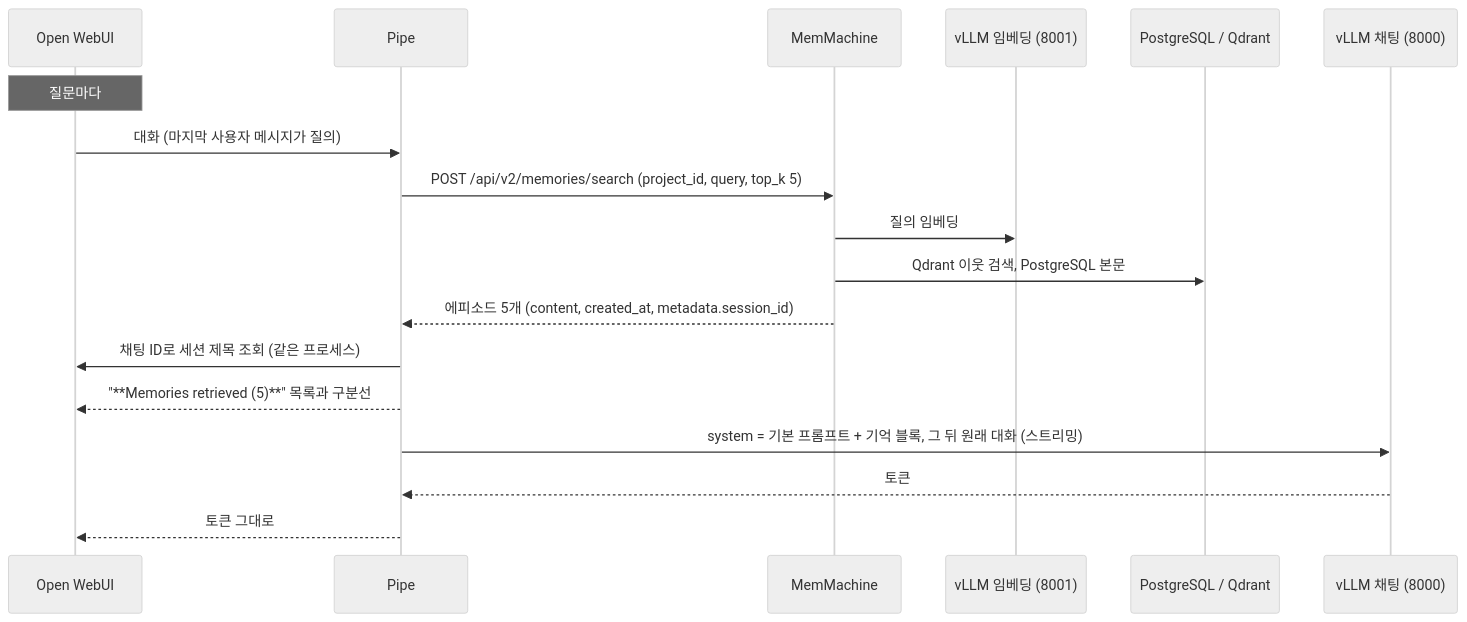
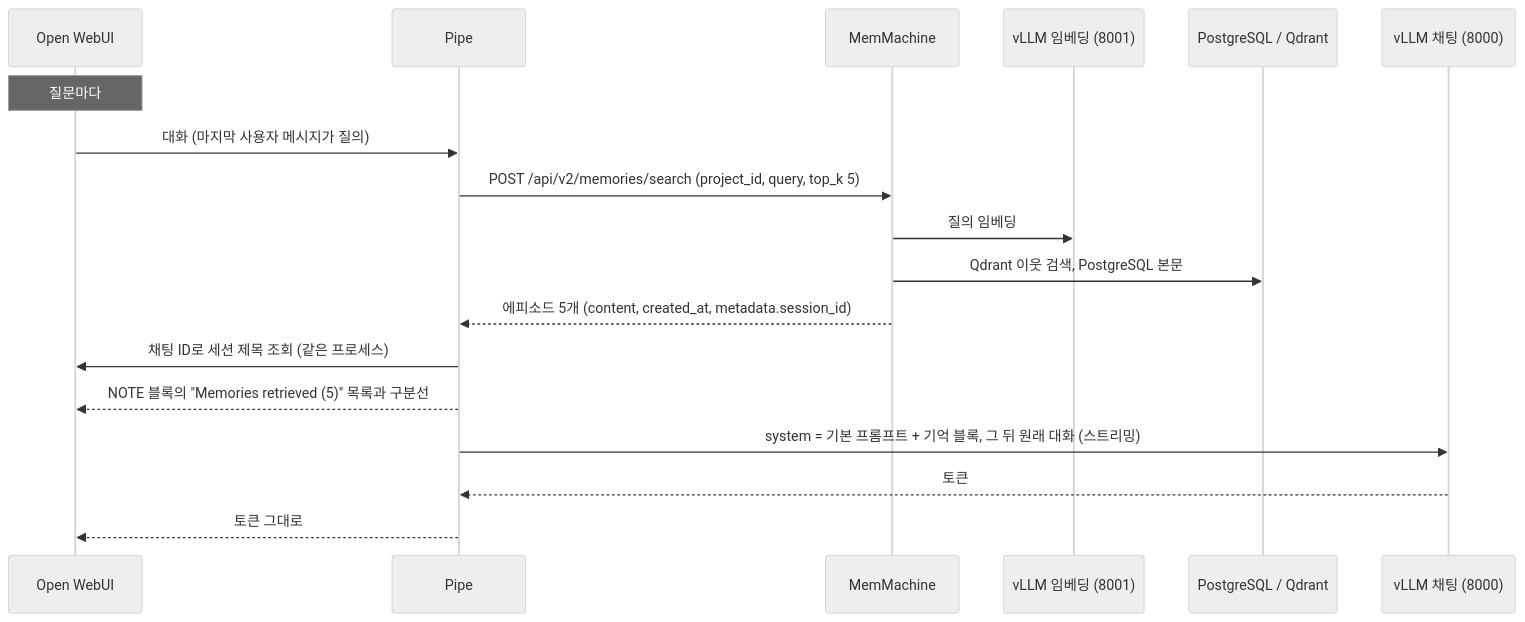
Before and after one commit to taejin-oh/MemMachine: the fifth of 5 diagrams in docs/msr/ces2027_demo/architecture_2026-10-27.md, drawn with Mermaid (neutral theme). The commit also changed other lines of this file and 11 other files, not shown here.

````diff
--- a/docs/msr/ces2027_demo/architecture_2026-10-27.md
+++ b/docs/msr/ces2027_demo/architecture_2026-10-27.md
@@ -264,20 +264,20 @@
 ```mermaid
 sequenceDiagram
     participant W as Open WebUI
     participant P as Pipe
     participant M as MemMachine
     participant E as vLLM 임베딩 (8001)
     participant D as PostgreSQL / Qdrant
     participant L as vLLM 채팅 (8000)
     Note over W: 질문마다
     W->>P: 대화 (마지막 사용자 메시지가 질의)
     P->>M: POST /api/v2/memories/search (project_id, query, top_k 5)
     M->>E: 질의 임베딩
     M->>D: Qdrant 이웃 검색, PostgreSQL 본문
     M-->>P: 에피소드 5개 (content, created_at, metadata.session_id)
     P->>W: 채팅 ID로 세션 제목 조회 (같은 프로세스)
-    P-->>W: "**Memories retrieved (5)**" 목록과 구분선
+    P-->>W: NOTE 블록의 "Memories retrieved (5)" 목록과 구분선
     P->>L: system = 기본 프롬프트 + 기억 블록, 그 뒤 원래 대화 (스트리밍)
     L-->>P: 토큰
     P-->>W: 토큰 그대로
 ```
````
